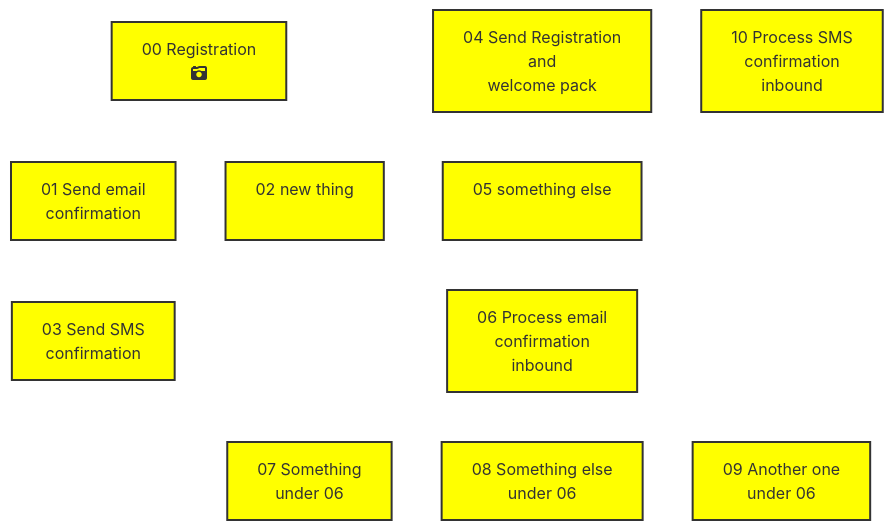
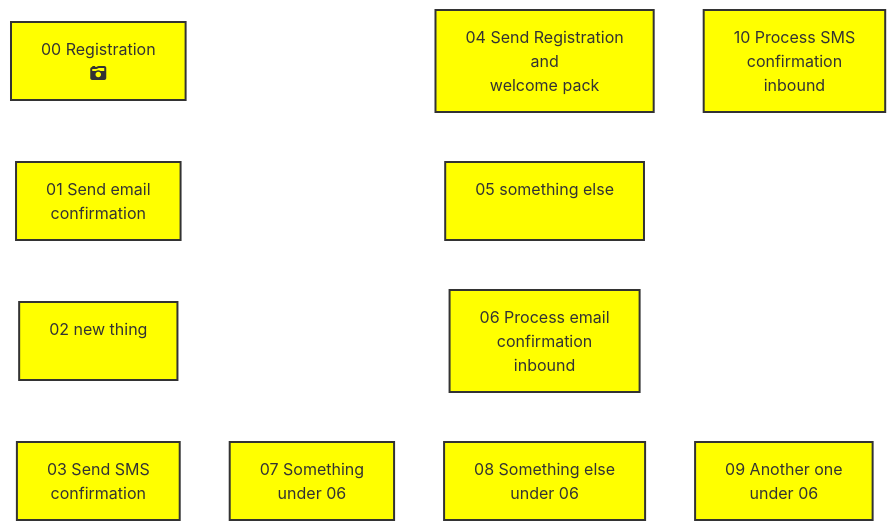
The diagram in User%2DJourneys.md (jimdeane/OpenCCM-wiki), drawn with Mermaid before and after one commit.

Commit message:
Updated User-Journeys

```diff
--- a/User%2DJourneys.md
+++ b/User%2DJourneys.md
@@ -2,32 +2,32 @@
 ::: mermaid
 graph TD;
 id00[00 Registration<br>fa:fa-camera-retro<br>];
 id01[01 Send email<br>confirmation];
 id02[02 new thing<br><br>];
 id03[03 Send SMS<br>confirmation];
 id04[04 Send Registration<br>and<br>welcome pack];
 id05[05 something else<br><br>];
 id06[06 Process email<br>confirmation<br>inbound];
 id07[07 Something<br>under 06]
 id08[08 Something else<br>under 06]
 id09[09 Another one<br>under 06]
 id10[10 Process SMS<br>confirmation<br>inbound];
 id00---id01
-id00---id02
-id01---id03
+id01---id02
+id02---id03
 id04---id05
 id05---id06
 id06---id07
 id06---id08
 id06---id09
 class id00,id01,id02,id03,id04,id05,id06,id07,id08,id09,id10 sticky;
 classDef sticky fill:yellow,stroke:#333,stroke-width:2px;
 linkStyle 0 stroke:#FFF,stroke-width:4px,color:red;
 linkStyle 1 stroke:#FFF,stroke-width:4px,color:red;
 linkStyle 2 stroke:#FFF,stroke-width:4px,color:red;
 linkStyle 3 stroke:#FFF,stroke-width:4px,color:red;
 linkStyle 4 stroke:#FFF,stroke-width:4px,color:red;
 linkStyle 5 stroke:#FFF,stroke-width:4px,color:red;
 linkStyle 6 stroke:#FFF,stroke-width:4px,color:red;
 linkStyle 7 stroke:#FFF,stroke-width:4px,color:red;
 :::
```
